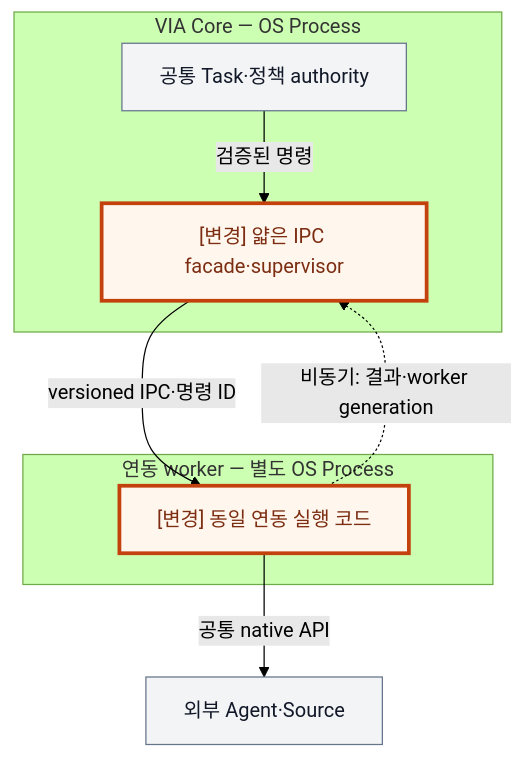
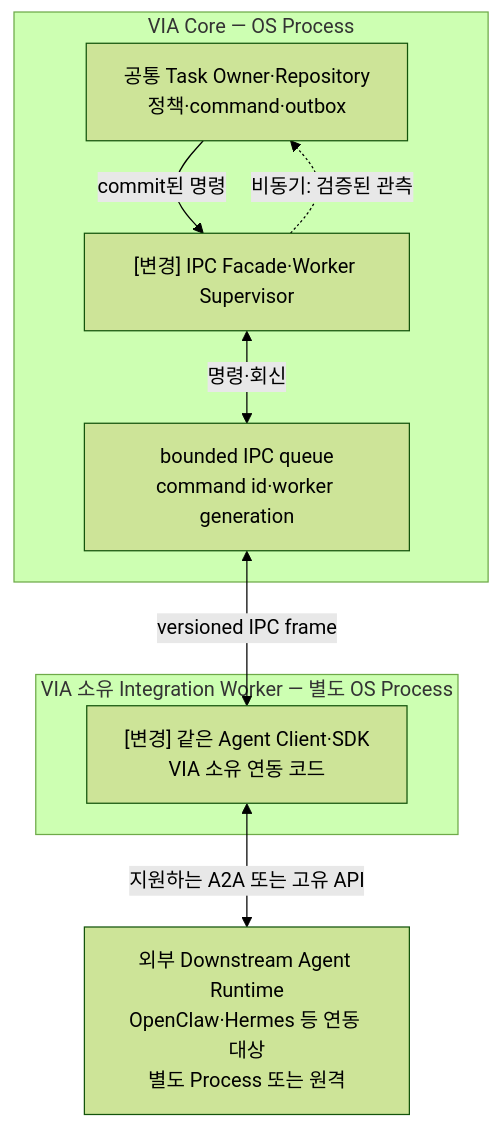
The second of 4 diagrams in docs/architecture/12-decisions/via-dp-11-process-isolation.md (cbyche/via-sw-architecture), drawn with Mermaid (forest theme) before and after one commit. The commit also changed other lines of this file and 59 other files, not shown here.

Commit message:
docs: consolidate comprehensive VIA decision inventory and implementation diagrams

````diff
--- a/docs/architecture/12-decisions/via-dp-11-process-isolation.md
+++ b/docs/architecture/12-decisions/via-dp-11-process-isolation.md
@@ -44,17 +52,13 @@
 ```mermaid
 flowchart TB
- subgraph C["VIA Core — OS Process"]
- S["공통 Task·정책 authority"] -->|검증된 명령| F["[변경] 얇은 IPC facade·supervisor"]
+ subgraph V["VIA Core — OS Process"]
+ T["공통 Task Owner·Repository<br/>정책·command·outbox"] -->|"commit된 명령"| F["[변경] IPC Facade·Worker Supervisor"]
+ F <-->|"명령·회신"| Q["bounded IPC queue<br/>command id·worker generation"]
+ F -.->|"비동기: 검증된 관측"| T
  end
- subgraph W["연동 worker — 별도 OS Process"]
- I["[변경] 동일 연동 실행 코드"]
+ subgraph W["VIA 소유 Integration Worker — 별도 OS Process"]
+ I["[변경] 같은 Agent Client·SDK<br/>VIA 소유 연동 코드"]
  end
- F -->|versioned IPC·명령 ID| I
- I -.->|비동기: 결과·worker generation| F
- I -->|공통 native API| G["외부 Agent·Source"]
-
-classDef common fill:#F3F4F6,stroke:#64748B,color:#111827;
-classDef change fill:#FFF7ED,stroke:#C2410C,stroke-width:3px,color:#7C2D12;
-class S,G common;
-class F,I change;
+ Q <-->|"versioned IPC frame"| I
+ I <-->|"지원하는 A2A 또는 고유 API"| A["외부 Downstream Agent Runtime<br/>OpenClaw·Hermes 등 연동 대상<br/>별도 Process 또는 원격"]
 ```
````
